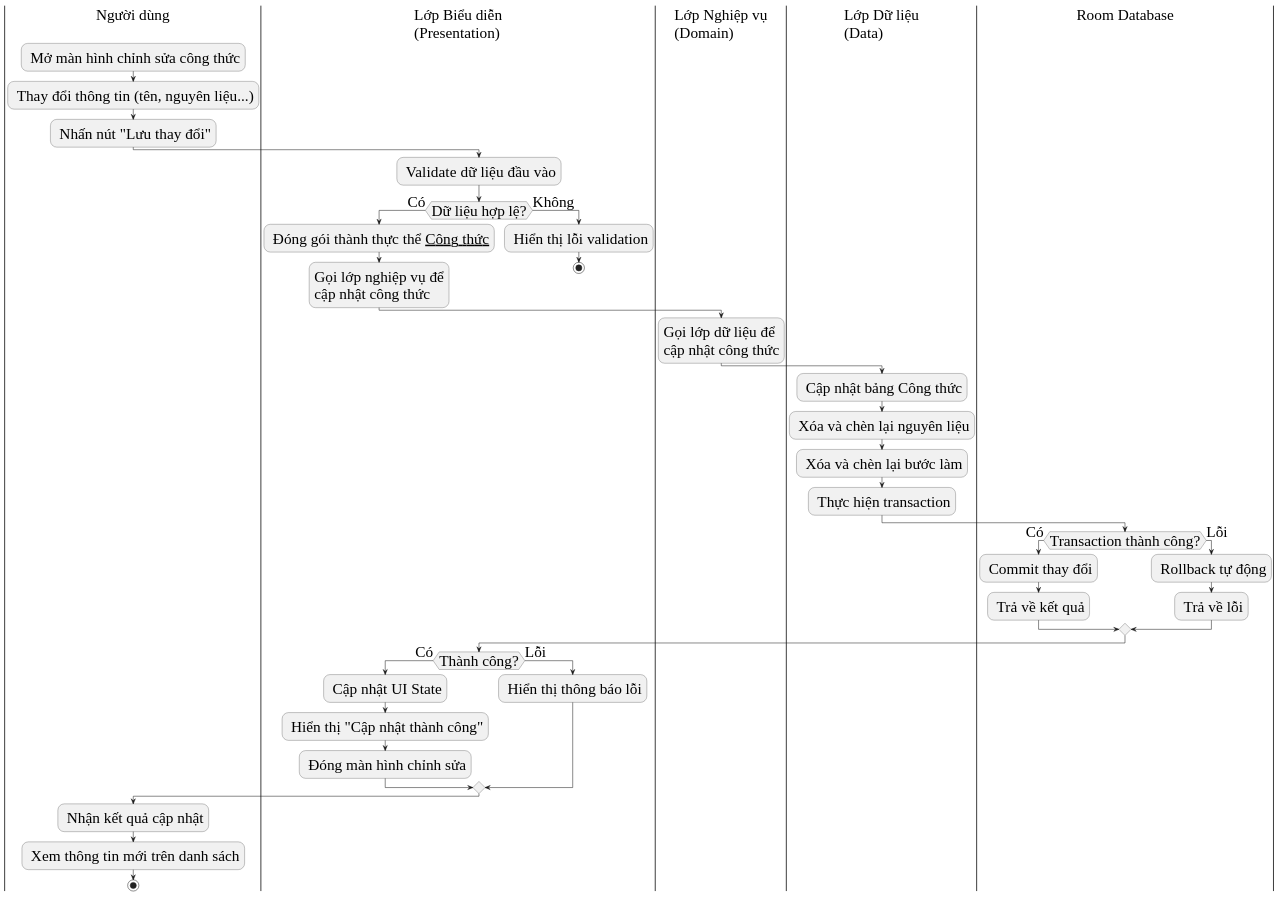
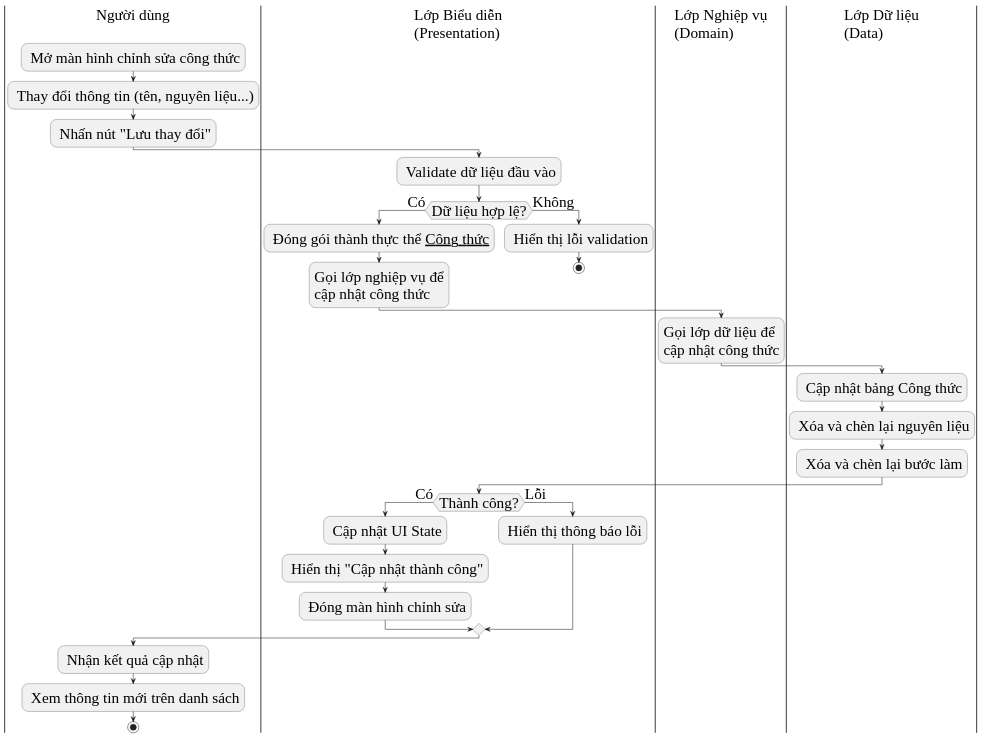
The diagram in diagram/update_recipe.puml (thecodinglife320/CookGood), drawn with PlantUML before and after one commit. The commit also changed 38 other files, not shown here.

```diff
--- a/diagram/update_recipe.puml
+++ b/diagram/update_recipe.puml
@@ -1,52 +1,42 @@
 @startuml
 skinparam DefaultFontName "Liberation Serif"
 skinparam DefaultFontSize 30
 
 |Người dùng|
 : Mở màn hình chỉnh sửa công thức;
 : Thay đổi thông tin (tên, nguyên liệu...);
 : Nhấn nút "Lưu thay đổi";
 
 |Lớp Biểu diễn\n(Presentation)|
 : Validate dữ liệu đầu vào;
 if (Dữ liệu hợp lệ?) then (Có)
   : Đóng gói thành thực thể __Công thức__;
   :Gọi lớp nghiệp vụ để\ncập nhật công thức;
 else (Không)
   : Hiển thị lỗi validation;
   stop
 endif
 
 |Lớp Nghiệp vụ\n(Domain)|
 :Gọi lớp dữ liệu để\ncập nhật công thức;
 
 |Lớp Dữ liệu\n(Data)|
   : Cập nhật bảng Công thức;
   : Xóa và chèn lại nguyên liệu;
   : Xóa và chèn lại bước làm;
-: Thực hiện transaction;
-
-|Room Database|
-if (Transaction thành công?) then (Có)
-  : Commit thay đổi;
-  : Trả về kết quả;
-else (Lỗi)
-  : Rollback tự động;
-  : Trả về lỗi;
-endif
 
 |Lớp Biểu diễn\n(Presentation)|
 if (Thành công?) then (Có)
   : Cập nhật UI State;
   : Hiển thị "Cập nhật thành công";
   : Đóng màn hình chỉnh sửa;
 else (Lỗi)
   : Hiển thị thông báo lỗi;
 endif
 
 |Người dùng|
 : Nhận kết quả cập nhật;
 : Xem thông tin mới trên danh sách;
 
 stop
 @enduml
```
